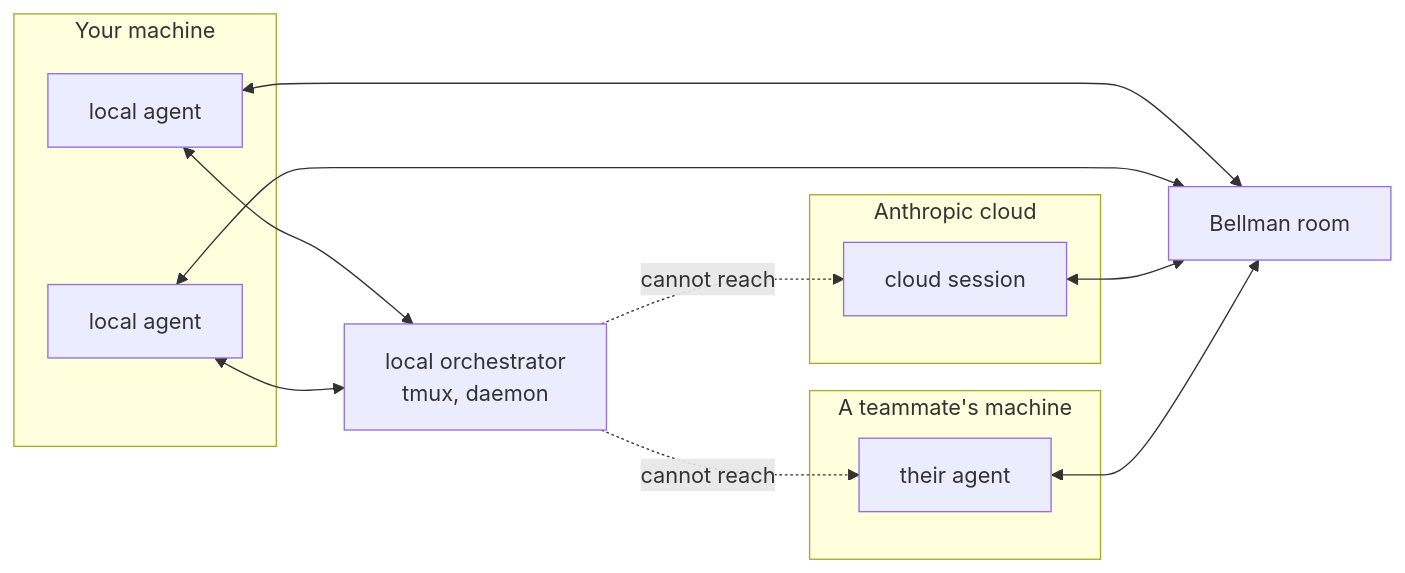
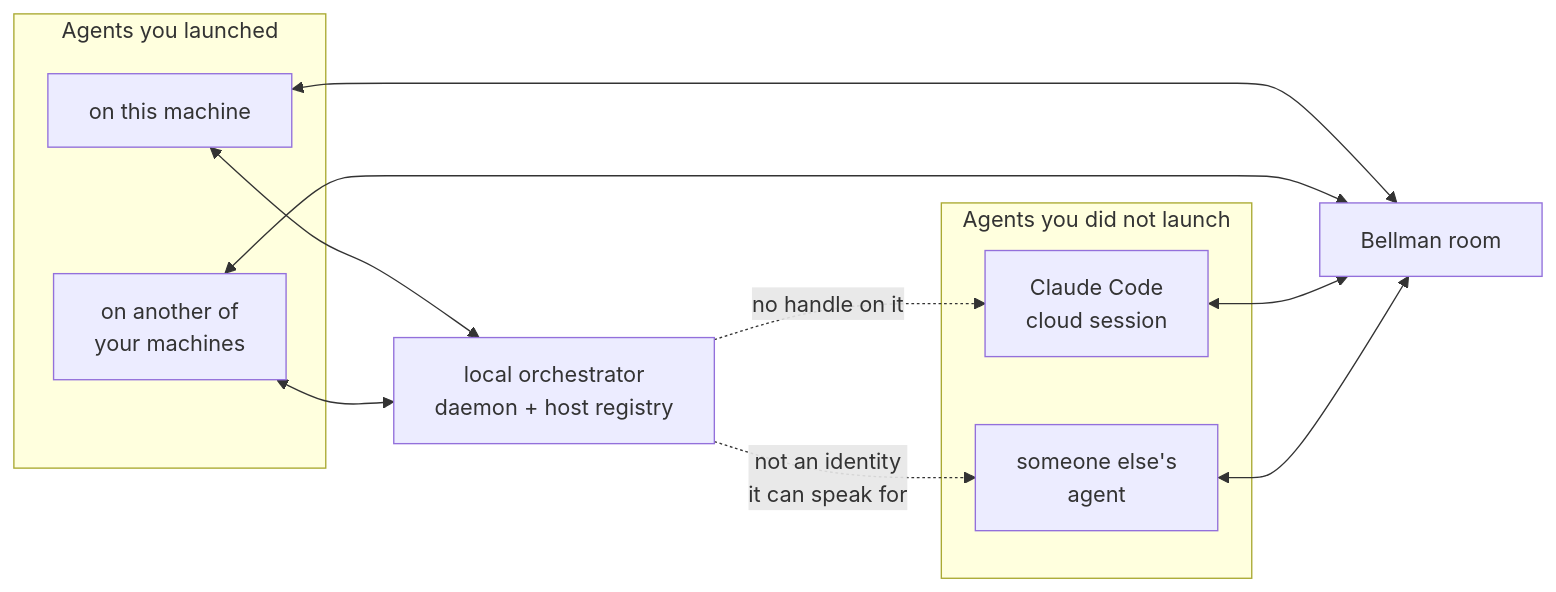
Before and after one commit to bellman-sh/bellman: the second of 7 diagrams in docs/ARCHITECTURE.md, drawn with Mermaid. The commit also changed other lines of this file, not shown here.

First line of the commit message:
docs: correct what a local orchestrator can reach

````diff
--- a/docs/ARCHITECTURE.md
+++ b/docs/ARCHITECTURE.md
@@ -111,25 +120,23 @@
 ```mermaid
 flowchart LR
-    subgraph yours["Your machine"]
-        A1["local agent"]
-        A2["local agent"]
+    subgraph launched["Agents you launched"]
+        A1["on this machine"]
+        A2["on another of<br/>your machines"]
     end
-    subgraph theirs["Anthropic cloud"]
-        C1["cloud session"]
-    end
-    subgraph third["A teammate's machine"]
-        T1["their agent"]
+    subgraph notyours["Agents you did not launch"]
+        C1["Claude Code<br/>cloud session"]
+        T1["someone else's<br/>agent"]
     end
 
-    ORCH["local orchestrator<br/>tmux, daemon"]
+    ORCH["local orchestrator<br/>daemon + host registry"]
     A1 <--> ORCH
     A2 <--> ORCH
-    ORCH -.->|"cannot reach"| C1
-    ORCH -.->|"cannot reach"| T1
+    ORCH -.->|"no handle on it"| C1
+    ORCH -.->|"not an identity<br/>it can speak for"| T1
 
     BELL["Bellman room"]
     A1 <--> BELL
     A2 <--> BELL
     C1 <--> BELL
     T1 <--> BELL
 ```
````
